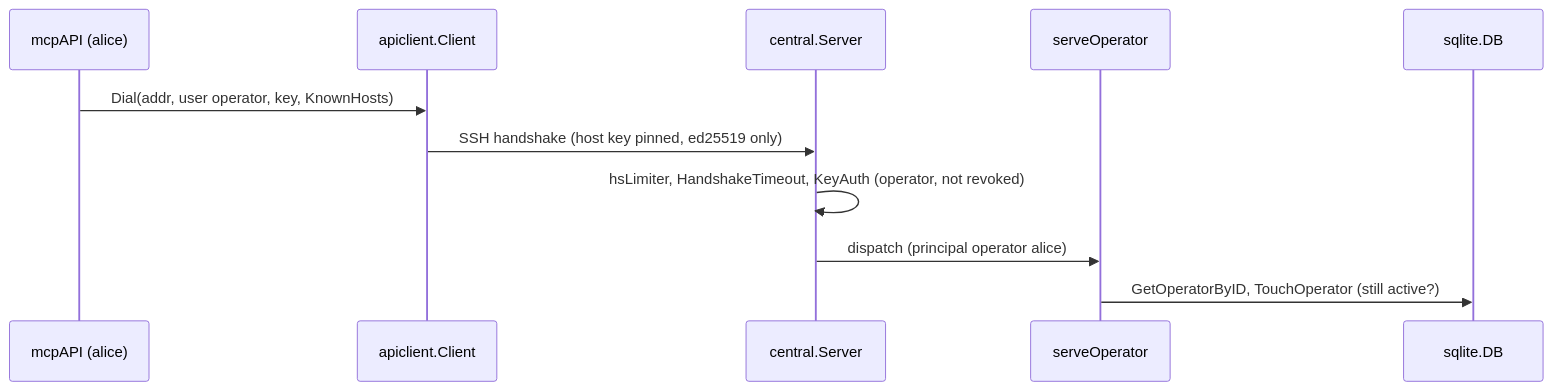
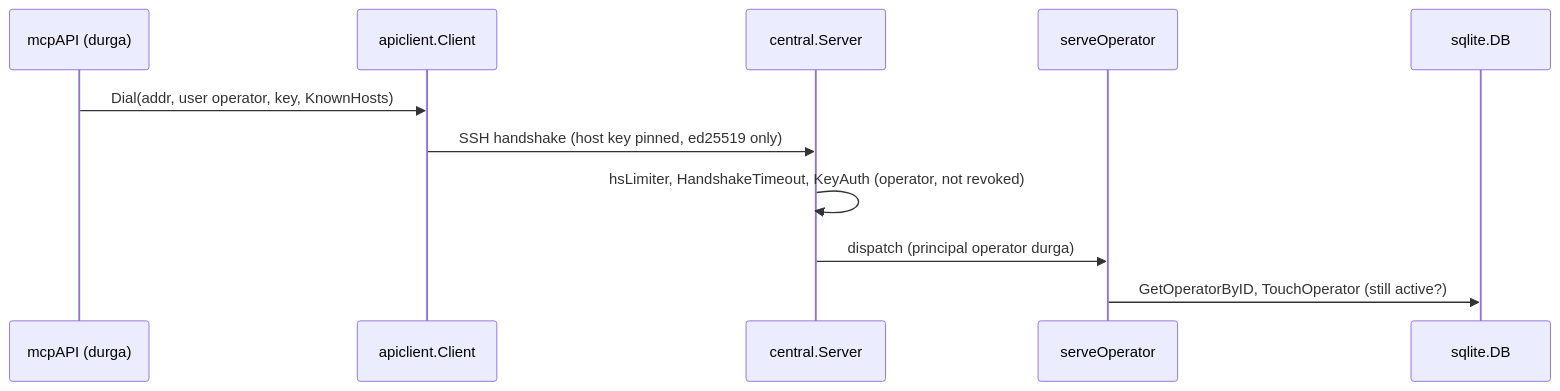
Before and after one commit to mirastacklabs-ai/mirafleet: diagram 12 of 29 in docs/guide/04-flows.md, drawn with Mermaid. The commit also changed other lines of this file and 7 other files, not shown here.

````diff
--- a/docs/guide/04-flows.md
+++ b/docs/guide/04-flows.md
@@ -670,14 +670,14 @@
 ```mermaid
 sequenceDiagram
-  participant mcpAPI as mcpAPI (alice)
+  participant mcpAPI as mcpAPI (durga)
   participant Client as apiclient.Client
   participant Server as central.Server
   participant serveOperator as serveOperator
   participant sqlite as sqlite.DB
 
   mcpAPI->>Client: Dial(addr, user operator, key, KnownHosts)
   Client->>Server: SSH handshake (host key pinned, ed25519 only)
   Server->>Server: hsLimiter, HandshakeTimeout, KeyAuth (operator, not revoked)
-  Server->>serveOperator: dispatch (principal operator alice)
+  Server->>serveOperator: dispatch (principal operator durga)
   serveOperator->>sqlite: GetOperatorByID, TouchOperator (still active?)
 ```
````
